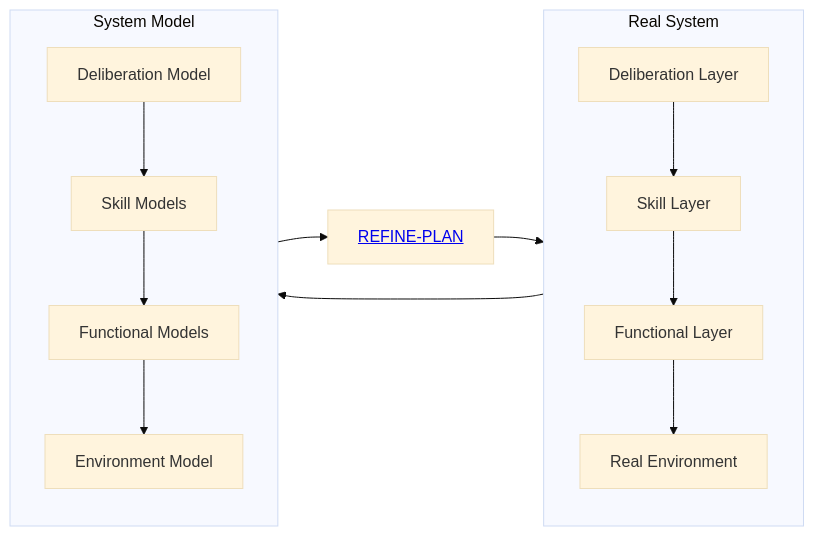
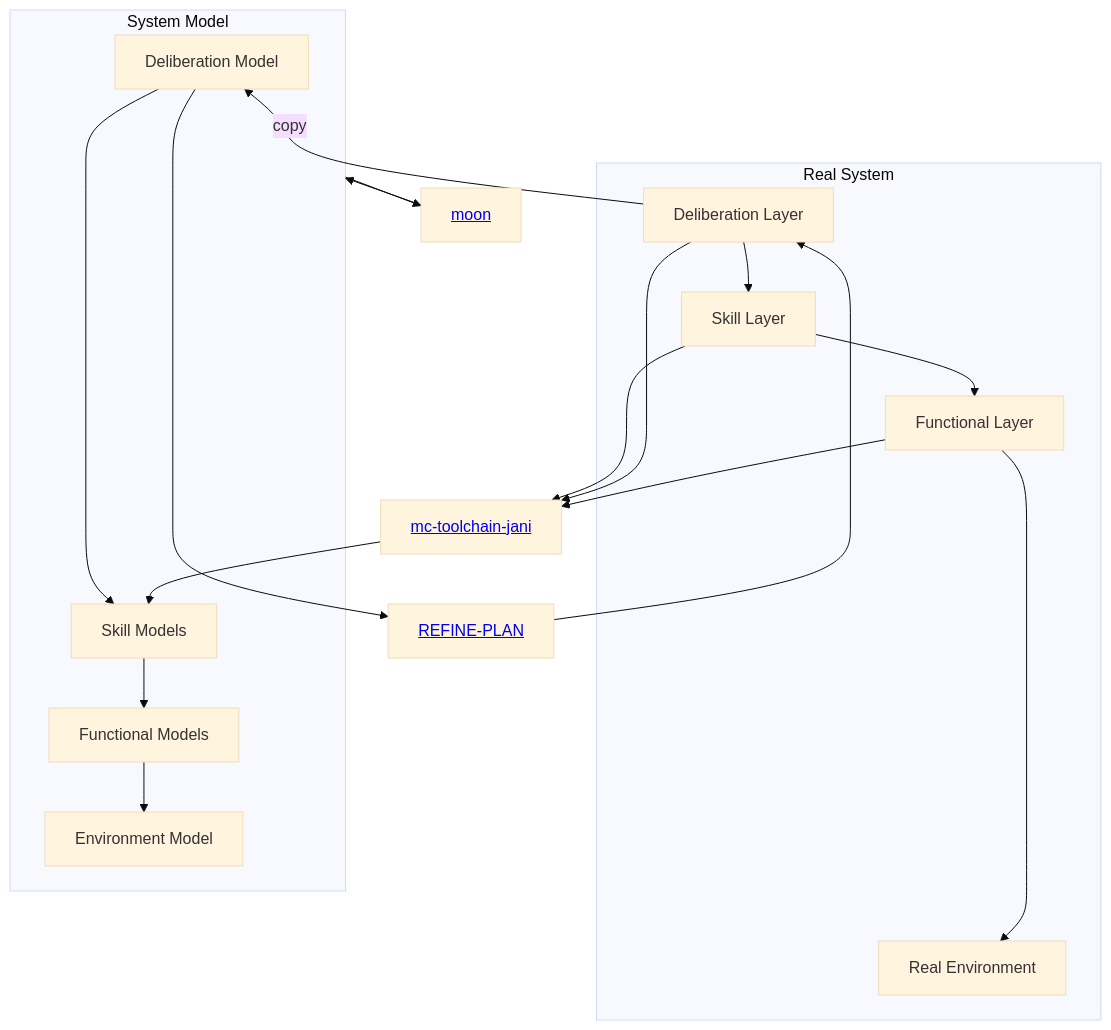
Before and after one commit to convince-project/overview: the diagram in docs/source/overview.md, drawn with Mermaid (base theme). The commit also changed other lines of this file, not shown here.

Commit message:
overview picture experiments

````diff
--- a/docs/source/overview.md
+++ b/docs/source/overview.md
@@ -3,22 +3,39 @@
 ```{mermaid}
-flowchart LR
-  subgraph Real System
-    direction TB
+flowchart TB
+  m ~~~ r
+
+  mdelib ~~~ rdelib
+  mskill ~~~ rskill
+  mfunc ~~~ rfunc
+  menv ~~~ renv
+
+  subgraph r[Real System]
     rdelib[Deliberation Layer] --> rskill[Skill Layer]
     rskill --> rfunc[Functional Layer]
     rfunc --> renv[Real Environment]
   end
 
-  rdelib --> mdelib
-
-  subgraph System Model
-    direction TB
+  subgraph m[System Model]
     mdelib[Deliberation Model] --> mskill[Skill Models]
     mskill --> mfunc[Functional Models]
     mfunc --> menv[Environment Model]
   end
 
+  rdelib -- copy --> mdelib
+
+  rskill --> mc-toolchain-jani[<a href="http://github.com/convince-project/mc-toolchain-jani">mc-toolchain-jani<a/>] 
+   --> mskill
+  rdelib --> mc-toolchain-jani
+  rfunc --> mc-toolchain-jani
+  mc-toolchain-jani
+
+  m --> moon[<a href="http://github.com/convince-project/moon">moon<a/>] 
+   --> m
+
   mdelib --> REFINE-PLAN[<a href="http://github.com/convince-project/refine-plan">REFINE-PLAN<a/>] 
-  REFINE-PLAN --> rskill
+  REFINE-PLAN --> rdelib
+
+  mc-toolchain-jani ~~~ REFINE-PLAN
+  
 
 ```
````
